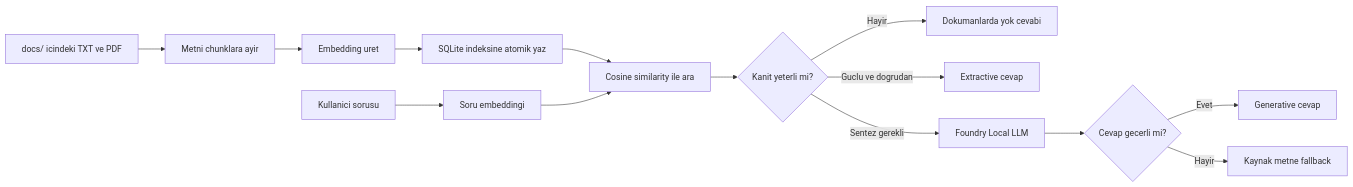
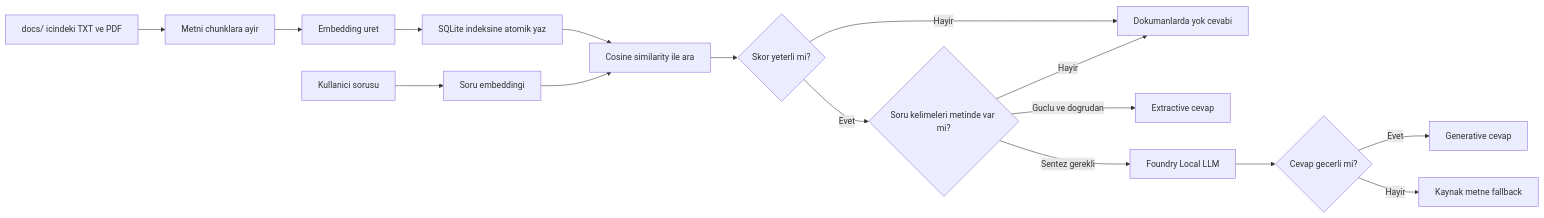
The diagram in README.md (ErdemAbaci/LocalRAGApp), drawn with Mermaid before and after one commit. The commit also changed other lines of this file and 20 other files, not shown here.

````diff
--- a/README.md
+++ b/README.md
@@ -36,16 +39,18 @@
 ```mermaid
 flowchart LR
     A["docs/ icindeki TXT ve PDF"] --> B["Metni chunklara ayir"]
     B --> C["Embedding uret"]
     C --> D["SQLite indeksine atomik yaz"]
     Q["Kullanici sorusu"] --> E["Soru embeddingi"]
     D --> F["Cosine similarity ile ara"]
     E --> F
-    F --> G{"Kanit yeterli mi?"}
+    F --> G{"Skor yeterli mi?"}
     G -- "Hayir" --> H["Dokumanlarda yok cevabi"]
-    G -- "Guclu ve dogrudan" --> I["Extractive cevap"]
-    G -- "Sentez gerekli" --> J["Foundry Local LLM"]
+    G -- "Evet" --> N{"Soru kelimeleri metinde var mi?"}
+    N -- "Hayir" --> H
+    N -- "Guclu ve dogrudan" --> I["Extractive cevap"]
+    N -- "Sentez gerekli" --> J["Foundry Local LLM"]
     J --> K{"Cevap gecerli mi?"}
     K -- "Evet" --> L["Generative cevap"]
     K -- "Hayir" --> M["Kaynak metne fallback"]
 ```
````
